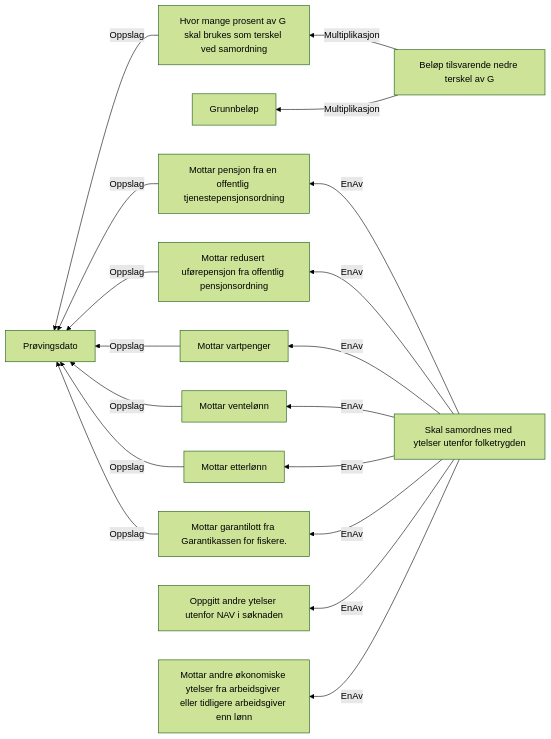
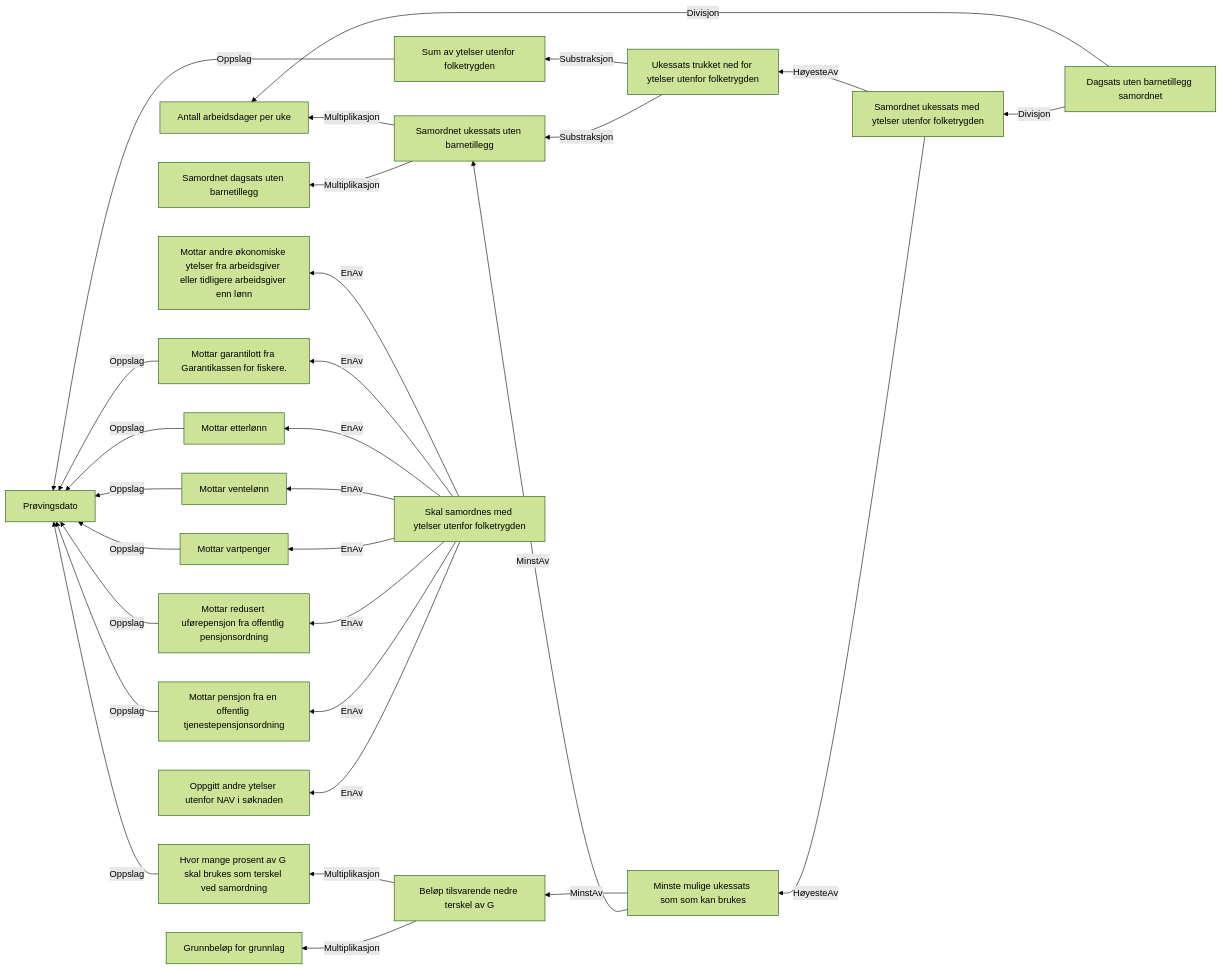
One commit to navikt/dp-vedtak changed the diagram in docs/regler/§ 4-26.Samordning med ytelser utenfor folketrygden.approved.md. Above: the diagram before and after it, drawn with Mermaid (forest theme). The commit also changed other lines of this file and 10 other files, not shown here.

First line of the commit message:
Lag samording av ytelser utenfor folketrgyden etter praksis

````diff
--- a/docs/regler/§ 4-26.Samordning med ytelser utenfor folketrygden.approved.md
+++ b/docs/regler/§ 4-26.Samordning med ytelser utenfor folketrygden.approved.md
@@ -5,20 +5,31 @@
 ```mermaid
 graph RL
-  A["Hvor mange prosent av G skal brukes som terskel ved samordning"] -->|"Oppslag"| B["Prøvingsdato"]
-  C["Beløp tilsvarende nedre terskel av G"] -->|"Multiplikasjon"| D["Grunnbeløp"]
-  C["Beløp tilsvarende nedre terskel av G"] -->|"Multiplikasjon"| A["Hvor mange prosent av G skal brukes som terskel ved samordning"]
-  E["Mottar pensjon fra en offentlig tjenestepensjonsordning"] -->|"Oppslag"| B["Prøvingsdato"]
-  F["Mottar redusert uførepensjon fra offentlig pensjonsordning"] -->|"Oppslag"| B["Prøvingsdato"]
-  G["Mottar vartpenger"] -->|"Oppslag"| B["Prøvingsdato"]
-  H["Mottar ventelønn"] -->|"Oppslag"| B["Prøvingsdato"]
-  I["Mottar etterlønn"] -->|"Oppslag"| B["Prøvingsdato"]
-  J["Mottar garantilott fra Garantikassen for fiskere."] -->|"Oppslag"| B["Prøvingsdato"]
-  K["Skal samordnes med ytelser utenfor folketrygden"] -->|"EnAv"| L["Oppgitt andre ytelser utenfor NAV i søknaden"]
-  K["Skal samordnes med ytelser utenfor folketrygden"] -->|"EnAv"| E["Mottar pensjon fra en offentlig tjenestepensjonsordning"]
-  K["Skal samordnes med ytelser utenfor folketrygden"] -->|"EnAv"| F["Mottar redusert uførepensjon fra offentlig pensjonsordning"]
-  K["Skal samordnes med ytelser utenfor folketrygden"] -->|"EnAv"| G["Mottar vartpenger"]
-  K["Skal samordnes med ytelser utenfor folketrygden"] -->|"EnAv"| H["Mottar ventelønn"]
-  K["Skal samordnes med ytelser utenfor folketrygden"] -->|"EnAv"| I["Mottar etterlønn"]
-  K["Skal samordnes med ytelser utenfor folketrygden"] -->|"EnAv"| J["Mottar garantilott fra Garantikassen for fiskere."]
-  K["Skal samordnes med ytelser utenfor folketrygden"] -->|"EnAv"| M["Mottar andre økonomiske ytelser fra arbeidsgiver eller tidligere arbeidsgiver enn lønn"]
+  A["Mottar pensjon fra en offentlig tjenestepensjonsordning"] -->|"Oppslag"| B["Prøvingsdato"]
+  C["Mottar redusert uførepensjon fra offentlig pensjonsordning"] -->|"Oppslag"| B["Prøvingsdato"]
+  D["Mottar vartpenger"] -->|"Oppslag"| B["Prøvingsdato"]
+  E["Mottar ventelønn"] -->|"Oppslag"| B["Prøvingsdato"]
+  F["Mottar etterlønn"] -->|"Oppslag"| B["Prøvingsdato"]
+  G["Mottar garantilott fra Garantikassen for fiskere."] -->|"Oppslag"| B["Prøvingsdato"]
+  H["Sum av ytelser utenfor folketrygden"] -->|"Oppslag"| B["Prøvingsdato"]
+  I["Hvor mange prosent av G skal brukes som terskel ved samordning"] -->|"Oppslag"| B["Prøvingsdato"]
+  J["Beløp tilsvarende nedre terskel av G"] -->|"Multiplikasjon"| K["Grunnbeløp for grunnlag"]
+  J["Beløp tilsvarende nedre terskel av G"] -->|"Multiplikasjon"| I["Hvor mange prosent av G skal brukes som terskel ved samordning"]
+  L["Samordnet ukessats uten barnetillegg"] -->|"Multiplikasjon"| M["Samordnet dagsats uten barnetillegg"]
+  L["Samordnet ukessats uten barnetillegg"] -->|"Multiplikasjon"| N["Antall arbeidsdager per uke"]
+  O["Minste mulige ukessats som som kan brukes"] -->|"MinstAv"| L["Samordnet ukessats uten barnetillegg"]
+  O["Minste mulige ukessats som som kan brukes"] -->|"MinstAv"| J["Beløp tilsvarende nedre terskel av G"]
+  P["Ukessats trukket ned for ytelser utenfor folketrygden"] -->|"Substraksjon"| L["Samordnet ukessats uten barnetillegg"]
+  P["Ukessats trukket ned for ytelser utenfor folketrygden"] -->|"Substraksjon"| H["Sum av ytelser utenfor folketrygden"]
+  Q["Samordnet ukessats med ytelser utenfor folketrygden"] -->|"HøyesteAv"| O["Minste mulige ukessats som som kan brukes"]
+  Q["Samordnet ukessats med ytelser utenfor folketrygden"] -->|"HøyesteAv"| P["Ukessats trukket ned for ytelser utenfor folketrygden"]
+  R["Dagsats uten barnetillegg samordnet"] -->|"Divisjon"| Q["Samordnet ukessats med ytelser utenfor folketrygden"]
+  R["Dagsats uten barnetillegg samordnet"] -->|"Divisjon"| N["Antall arbeidsdager per uke"]
+  S["Skal samordnes med ytelser utenfor folketrygden"] -->|"EnAv"| T["Oppgitt andre ytelser utenfor NAV i søknaden"]
+  S["Skal samordnes med ytelser utenfor folketrygden"] -->|"EnAv"| A["Mottar pensjon fra en offentlig tjenestepensjonsordning"]
+  S["Skal samordnes med ytelser utenfor folketrygden"] -->|"EnAv"| C["Mottar redusert uførepensjon fra offentlig pensjonsordning"]
+  S["Skal samordnes med ytelser utenfor folketrygden"] -->|"EnAv"| D["Mottar vartpenger"]
+  S["Skal samordnes med ytelser utenfor folketrygden"] -->|"EnAv"| E["Mottar ventelønn"]
+  S["Skal samordnes med ytelser utenfor folketrygden"] -->|"EnAv"| F["Mottar etterlønn"]
+  S["Skal samordnes med ytelser utenfor folketrygden"] -->|"EnAv"| G["Mottar garantilott fra Garantikassen for fiskere."]
+  S["Skal samordnes med ytelser utenfor folketrygden"] -->|"EnAv"| U["Mottar andre økonomiske ytelser fra arbeidsgiver eller tidligere arbeidsgiver enn lønn"]
 ```
````
